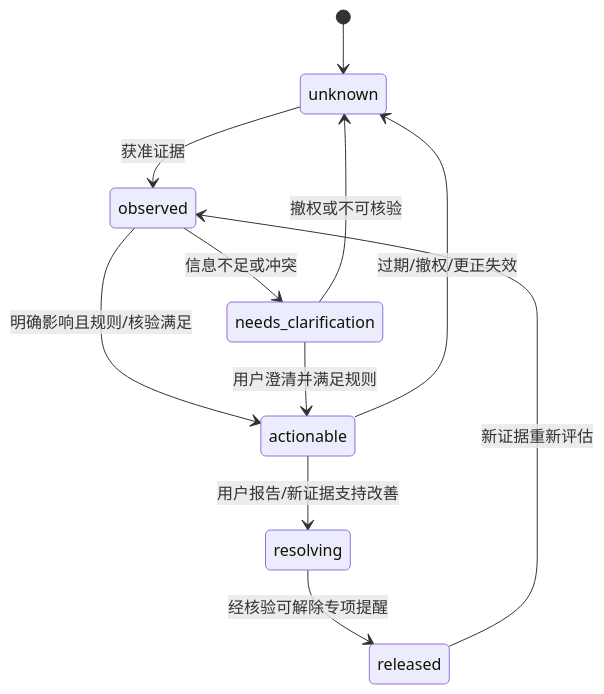
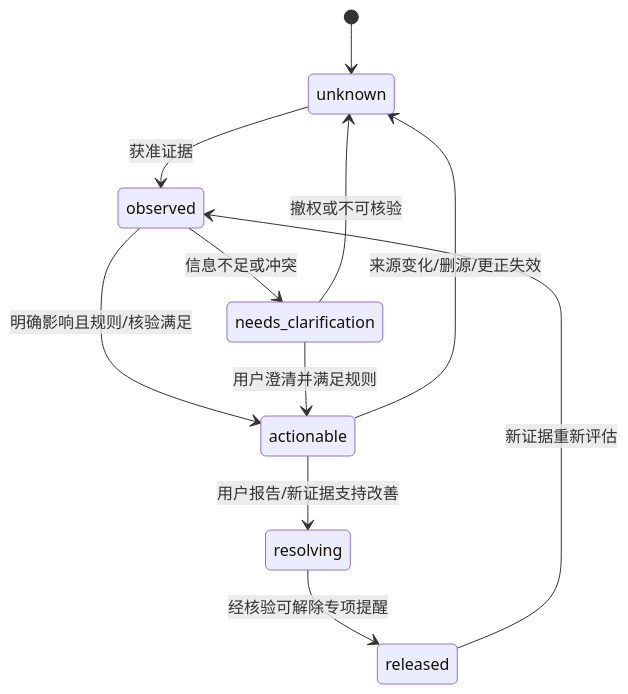
One commit to zhyupeee/PsyEvoAgent changed the second of 2 diagrams in PsyEvoAgent项目计划/阶段2/02-技术方案与实施计划.md. Above: the diagram before and after it, drawn with Mermaid. The commit also changed other lines of this file and 197 other files, not shown here.

````diff
--- a/PsyEvoAgent项目计划/阶段2/02-技术方案与实施计划.md
+++ b/PsyEvoAgent项目计划/阶段2/02-技术方案与实施计划.md
@@ -94,13 +96,13 @@
 ```mermaid
 stateDiagram-v2
  [*] --> unknown
  unknown --> observed: 获准证据
  observed --> needs_clarification: 信息不足或冲突
  observed --> actionable: 明确影响且规则/核验满足
  needs_clarification --> actionable: 用户澄清并满足规则
  needs_clarification --> unknown: 撤权或不可核验
  actionable --> resolving: 用户报告/新证据支持改善
  resolving --> released: 经核验可解除专项提醒
  released --> observed: 新证据重新评估
- actionable --> unknown: 过期/撤权/更正失效
+ actionable --> unknown: 来源变化/删源/更正失效
 ```
````
